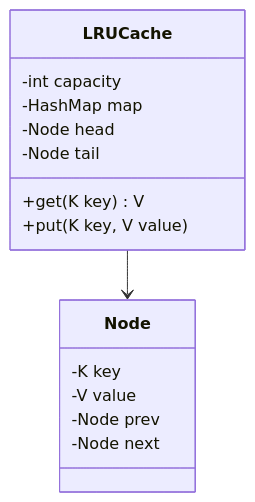
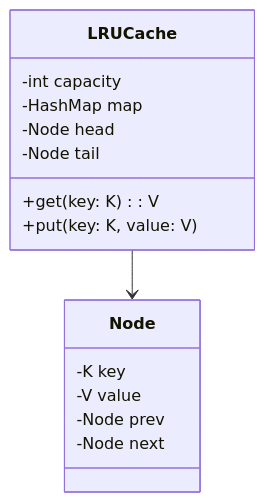
Before and after one commit to iamitgupta/system-design-LLD-basic: diagram 40 of 59 in Readme.md, drawn with Mermaid. The commit also changed other lines of this file, not shown here.

````diff
--- a/Readme.md
+++ b/Readme.md
@@ -4151,18 +4932,18 @@
 ```mermaid
 classDiagram
     class LRUCache {
         -int capacity
         -HashMap map
         -Node head
         -Node tail
-        +get(K key) V
-        +put(K key, V value)
+        +get(key: K): V
+        +put(key: K, value: V)
     }
     class Node {
         -K key
         -V value
         -Node prev
         -Node next
     }
     LRUCache --> Node
 ```
````
